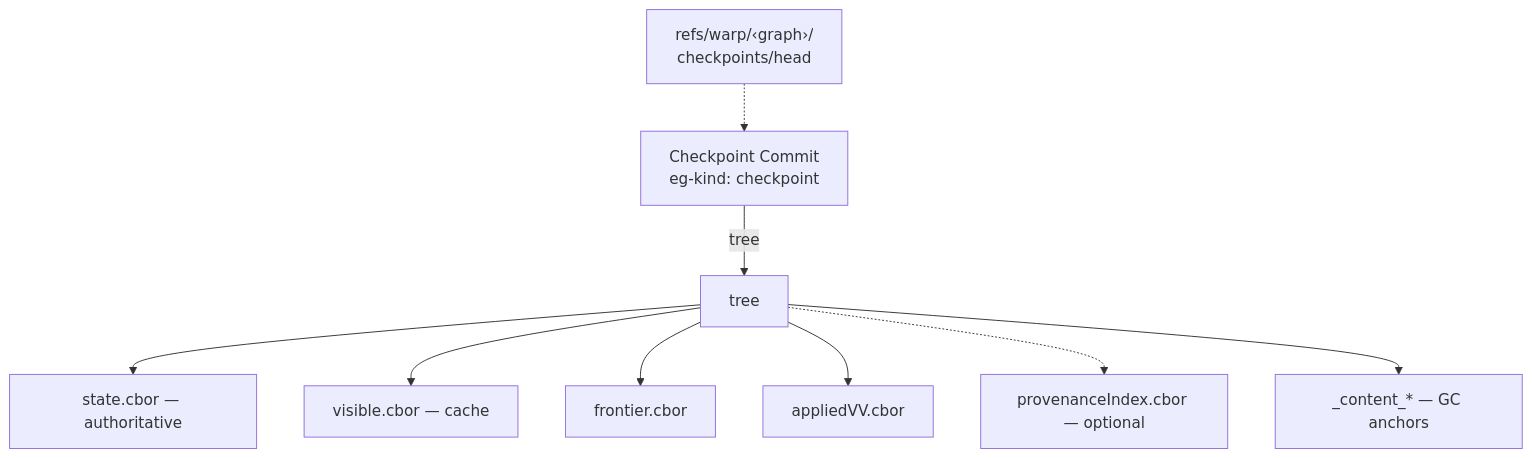
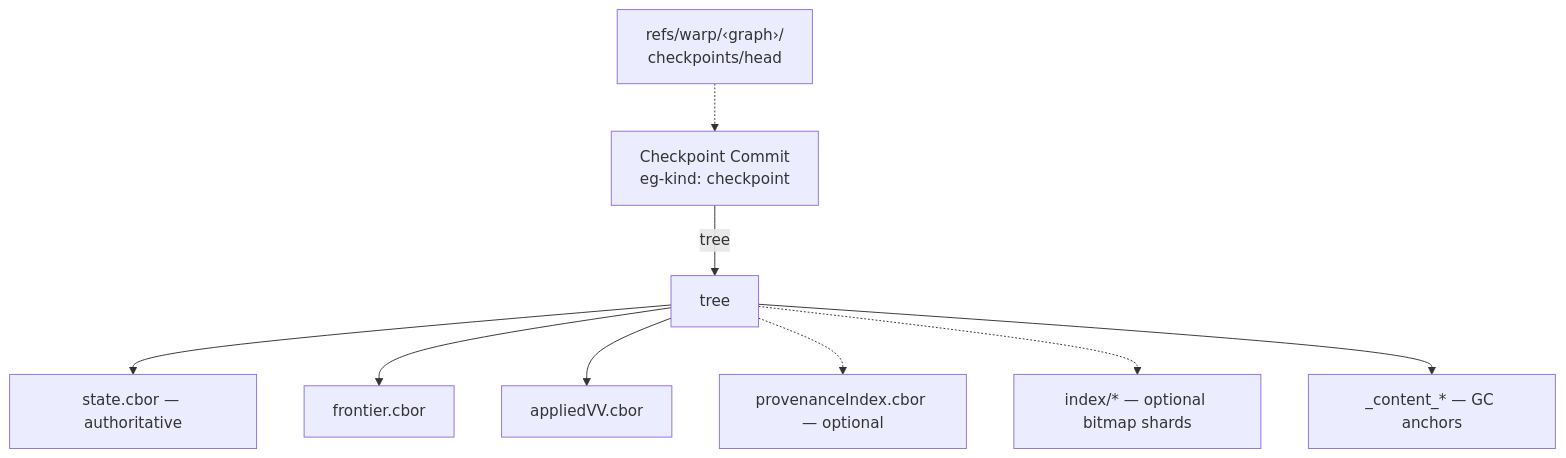
One commit to git-stunts/empty-graph changed the fifth of 7 diagrams in docs/GUIDE.md. Above: the diagram before and after it, drawn with Mermaid. The commit also changed other lines of this file and 2 other files, not shown here.

````diff
--- a/docs/GUIDE.md
+++ b/docs/GUIDE.md
@@ -761,11 +763,11 @@
 ```mermaid
 flowchart TB
     ref["refs/warp/‹graph›/<br/>checkpoints/head"] -.-> commit["Checkpoint Commit<br/>eg-kind: checkpoint"]
     commit -->|tree| tree["tree"]
     tree --> sc["state.cbor — authoritative"]
-    tree --> vc["visible.cbor — cache"]
     tree --> fc["frontier.cbor"]
     tree --> av["appliedVV.cbor"]
     tree -.-> pi["provenanceIndex.cbor — optional"]
+    tree -.-> ix["index/* — optional bitmap shards"]
     tree --> gc["_content_* — GC anchors"]
 ```
````
